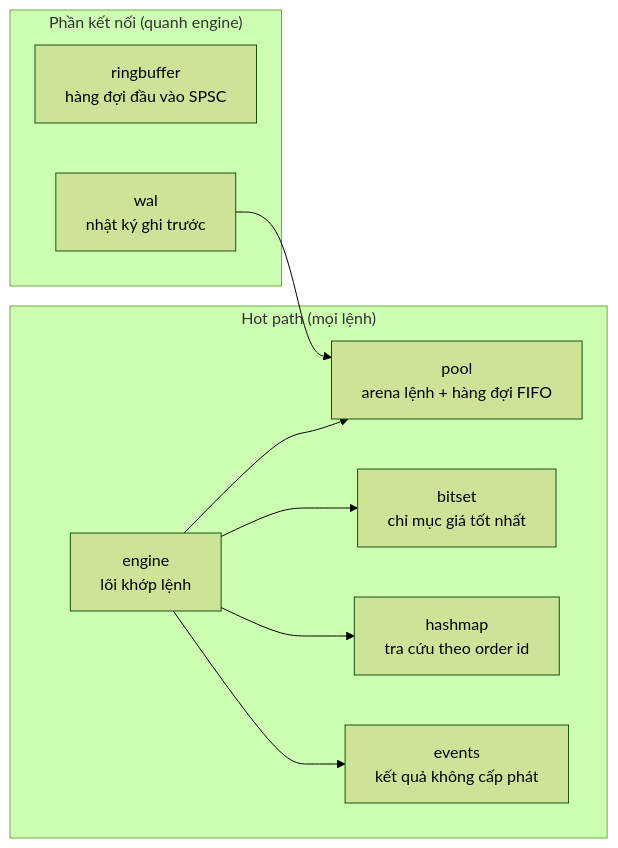
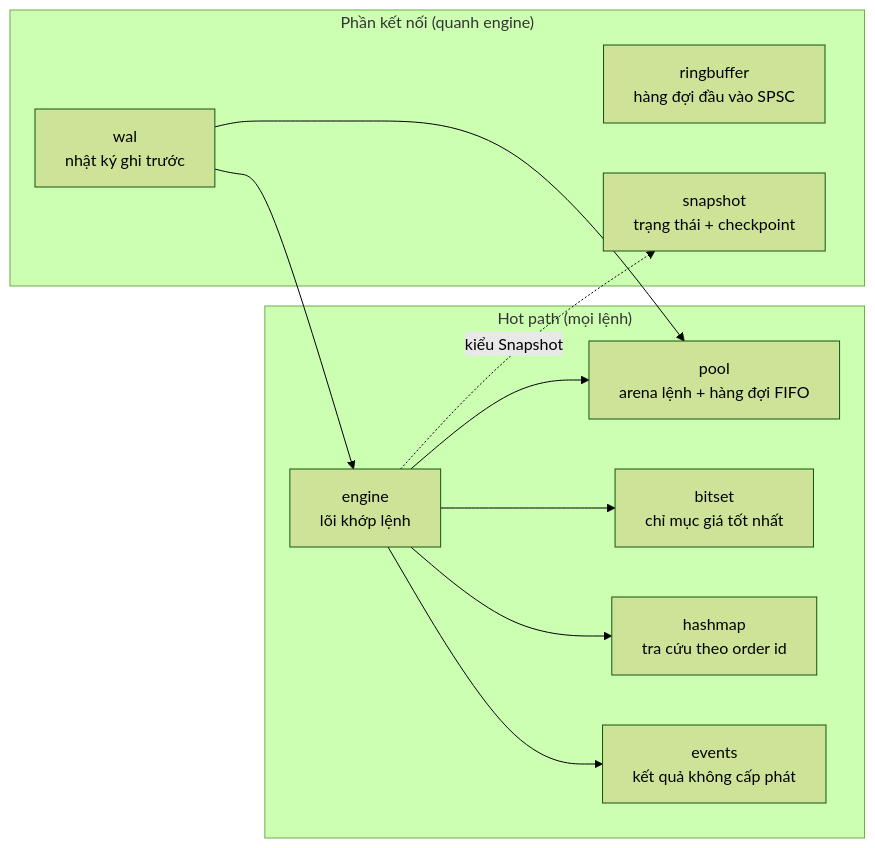
The first of 3 diagrams in docs/vi/02-architecture.md (daohainam/rust-matching-engine), drawn with Mermaid (forest theme) before and after one commit. The commit also changed other lines of this file, not shown here.

````diff
--- a/docs/vi/02-architecture.md
+++ b/docs/vi/02-architecture.md
@@ -33,19 +33,22 @@
 ```mermaid
 flowchart LR
     subgraph hot["Hot path (mọi lệnh)"]
         engine["engine<br/>lõi khớp lệnh"]
         pool["pool<br/>arena lệnh + hàng đợi FIFO"]
         bitset["bitset<br/>chỉ mục giá tốt nhất"]
         hashmap["hashmap<br/>tra cứu theo order id"]
         events["events<br/>kết quả không cấp phát"]
     end
     subgraph plumbing["Phần kết nối (quanh engine)"]
         ringbuffer["ringbuffer<br/>hàng đợi đầu vào SPSC"]
         wal["wal<br/>nhật ký ghi trước"]
+        snapshot["snapshot<br/>trạng thái + checkpoint"]
     end
     engine --> pool
     engine --> bitset
     engine --> hashmap
     engine --> events
+    engine -. "kiểu Snapshot" .-> snapshot
+    wal --> engine
     wal --> pool
 ```
````
